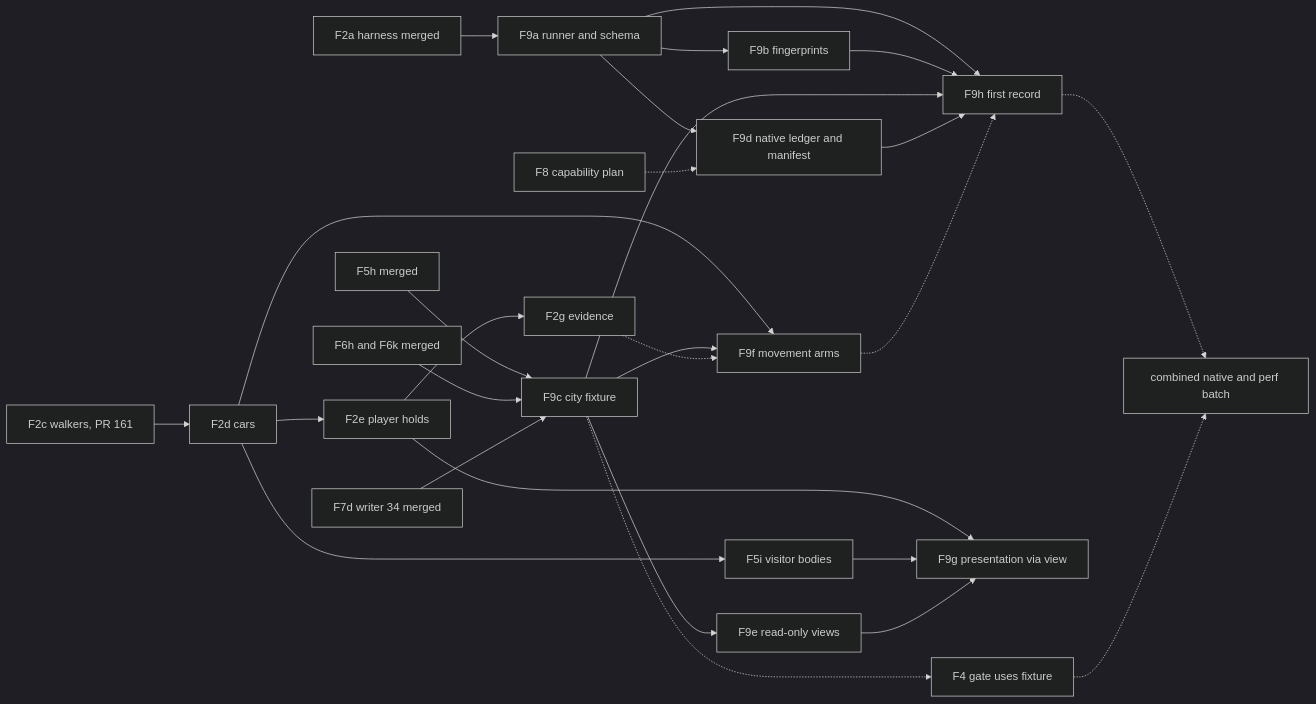
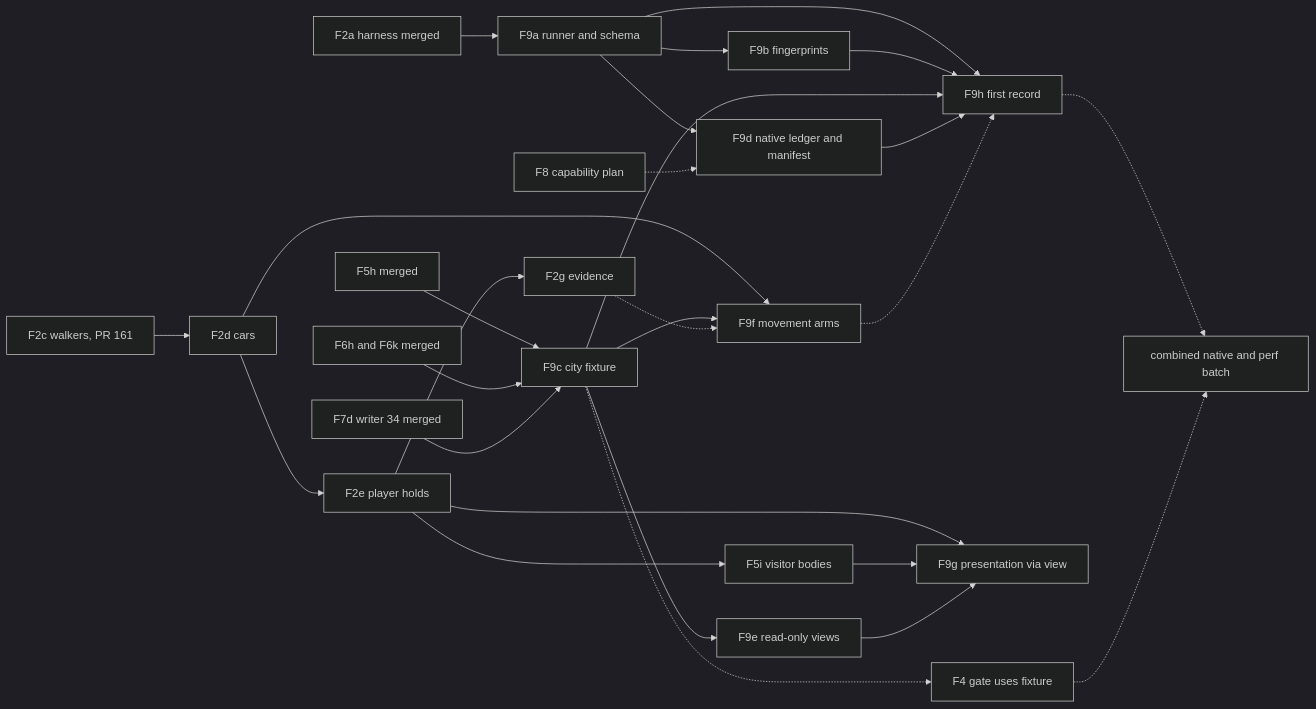
Before and after one commit to PeterHartwieg/big-ambitions-persistent-city: the diagram in docs/plans/f9-city-acceptance.md, drawn with Mermaid (dark theme). The commit also changed other lines of this file, not shown here.

````diff
--- a/docs/plans/f9-city-acceptance.md
+++ b/docs/plans/f9-city-acceptance.md
@@ -217,29 +255,29 @@
 ```mermaid
 flowchart LR
   F5h[F5h merged] --> F9c
   F6h[F6h and F6k merged] --> F9c
   F7d[F7d writer 34 merged] --> F9c
   F2a[F2a harness merged] --> F9a
   F9a[F9a runner and schema] --> F9b[F9b fingerprints]
   F9a --> F9d[F9d native ledger and manifest]
   F9c[F9c city fixture] --> F9e[F9e read-only views]
   F9a --> F9h[F9h first record]
   F9b --> F9h
   F9c --> F9h
   F9d --> F9h
   F2c[F2c walkers, PR 161] --> F2d[F2d cars]
   F2d --> F2e[F2e player holds]
-  F2d --> F5i[F5i visitor bodies]
+  F2e --> F5i[F5i visitor bodies]
   F2e --> F2g[F2g evidence]
   F2d --> F9f[F9f movement arms]
   F9c --> F9f
   F2g -.-> F9f
   F2e --> F9g[F9g presentation via view]
   F5i --> F9g
   F9e --> F9g
   F9f -.-> F9h
   F8[F8 capability plan] -.-> F9d
   F9c -.-> F4[F4 gate uses fixture]
   F9h -.-> BATCH[combined native and perf batch]
   F4 -.-> BATCH
 ```
````
